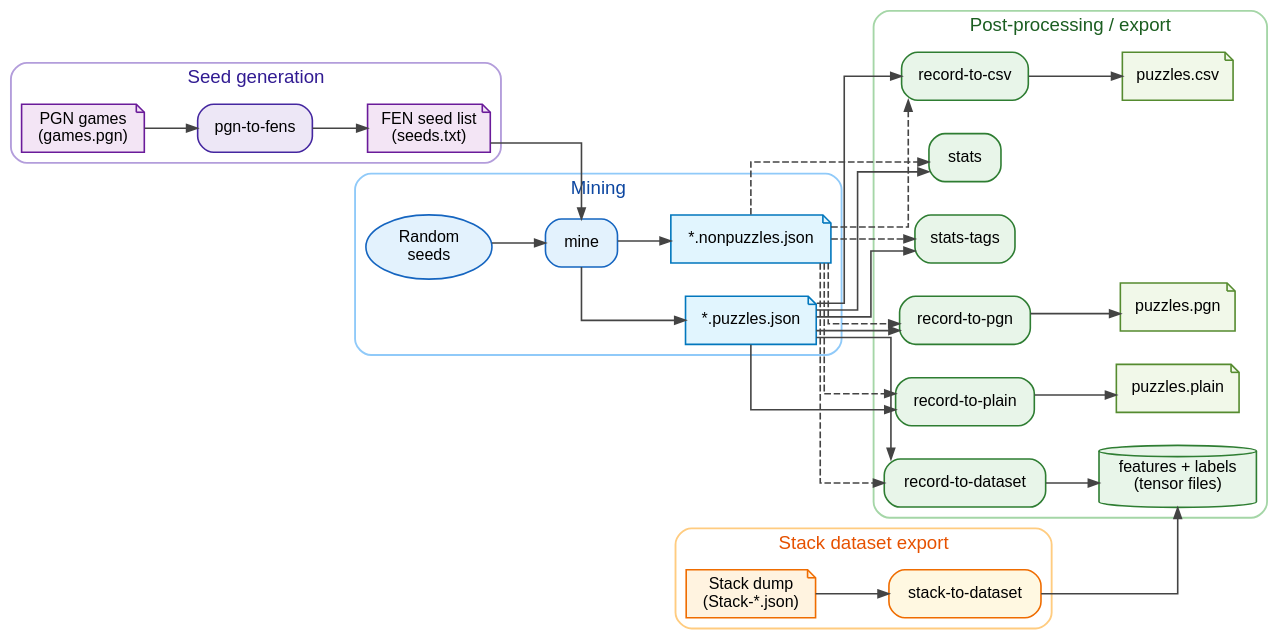
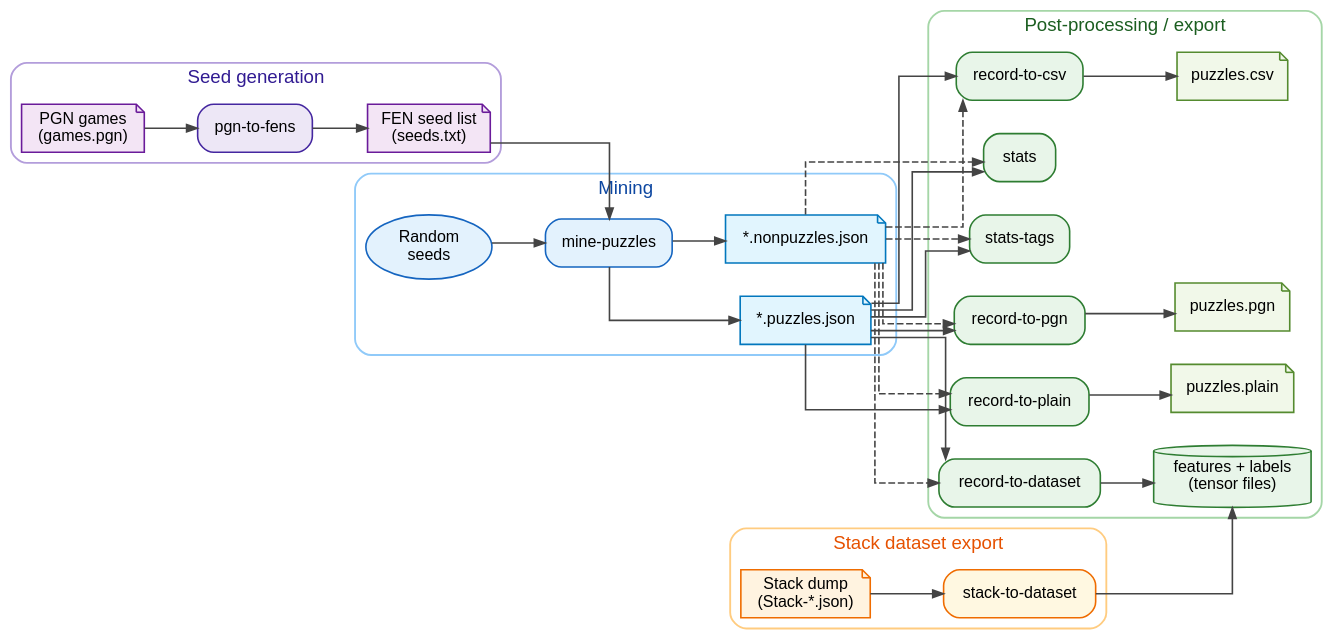
Before and after one commit to LenniAConrad/universal-chess-cli: the diagram in assets/crtk-pipeline-overview.dot, drawn with Graphviz. The commit also changed other lines of this file and 13 other files, not shown here.

First line of the commit message:
Rename mine to mine-puzzles

```diff
--- a/assets/crtk-pipeline-overview.dot
+++ b/assets/crtk-pipeline-overview.dot
@@ -1,120 +1,120 @@
 digraph crtk_pipeline_overview {
   rankdir=LR;
   bgcolor="transparent";
   splines=ortho;
   pad="0.20";
   nodesep="0.35";
   ranksep="0.55";
 
   graph [fontname="Helvetica", fontsize=14];
   node  [fontname="Helvetica", fontsize=12];
   edge  [fontname="Helvetica", fontsize=10, color="#444444", arrowsize=0.8, penwidth=1.2];
 
   subgraph cluster_seed {
     label="Seed generation";
     style="rounded";
     color="#B39DDB";
     fontcolor="#311B92";
     penwidth=1.4;
 
     node [shape=note, style="filled", fillcolor="#F3E5F5", color="#6A1B9A", penwidth=1.2];
     pgn [label="PGN games\n(games.pgn)"];
     fens [label="FEN seed list\n(seeds.txt)"];
 
     node [shape=box, style="rounded,filled", fillcolor="#EDE7F6", color="#4527A0", penwidth=1.2];
     pgn_to_fens [label="pgn-to-fens"];
   }
 
   subgraph cluster_mining {
     label="Mining";
     style="rounded";
     color="#90CAF9";
     fontcolor="#0D47A1";
     penwidth=1.4;
 
     node [shape=oval, style="filled", fillcolor="#E3F2FD", color="#1565C0", penwidth=1.2];
     random [label="Random\nseeds"];
 
     node [shape=box, style="rounded,filled", fillcolor="#E3F2FD", color="#1565C0", penwidth=1.2];
-    mine [label="mine"];
+    mine [label="mine-puzzles"];
 
     node [shape=note, style="filled", fillcolor="#E1F5FE", color="#0277BD", penwidth=1.2];
     puzzles [label="*.puzzles.json"];
     nonpuzzles [label="*.nonpuzzles.json"];
   }
 
   subgraph cluster_post {
     label="Post-processing / export";
     style="rounded";
     color="#A5D6A7";
     fontcolor="#1B5E20";
     penwidth=1.4;
 
     node [shape=box, style="rounded,filled", fillcolor="#E8F5E9", color="#2E7D32", penwidth=1.2];
     stats [label="stats"];
     stats_tags [label="stats-tags"];
     record_to_csv [label="record-to-csv"];
     record_to_pgn [label="record-to-pgn"];
     record_to_plain [label="record-to-plain"];
     record_to_dataset [label="record-to-dataset"];
 
     node [shape=note, style="filled", fillcolor="#F1F8E9", color="#558B2F", penwidth=1.2];
     out_csv [label="puzzles.csv"];
     out_pgn [label="puzzles.pgn"];
     out_plain [label="puzzles.plain"];
 
     node [shape=cylinder, style="filled", fillcolor="#E8F5E9", color="#2E7D32", penwidth=1.2];
     tensors [label="features + labels\n(tensor files)"];
   }
 
   subgraph cluster_stack {
     label="Stack dataset export";
     style="rounded";
     color="#FFCC80";
     fontcolor="#E65100";
     penwidth=1.4;
 
     node [shape=note, style="filled", fillcolor="#FFF3E0", color="#EF6C00", penwidth=1.2];
     stack [label="Stack dump\n(Stack-*.json)"];
 
     node [shape=box, style="rounded,filled", fillcolor="#FFF8E1", color="#EF6C00", penwidth=1.2];
     stack_to_dataset [label="stack-to-dataset"];
   }
 
   // Seed generation
   pgn -> pgn_to_fens;
   pgn_to_fens -> fens;
 
   // Mining
   fens -> mine;
   random -> mine;
   mine -> puzzles;
   mine -> nonpuzzles;
 
   // Post-processing (puzzles + nonpuzzles)
   puzzles -> stats;
   nonpuzzles -> stats [style=dashed];
 
   puzzles -> stats_tags;
   nonpuzzles -> stats_tags [style=dashed];
 
   puzzles -> record_to_csv;
   puzzles -> record_to_pgn;
   puzzles -> record_to_plain;
   puzzles -> record_to_dataset;
 
   nonpuzzles -> record_to_csv [style=dashed];
   nonpuzzles -> record_to_pgn [style=dashed];
   nonpuzzles -> record_to_plain [style=dashed];
   nonpuzzles -> record_to_dataset [style=dashed];
 
   record_to_csv -> out_csv;
   record_to_pgn -> out_pgn;
   record_to_plain -> out_plain;
 
   record_to_dataset -> tensors;
 
   // Stack dataset export
   stack -> stack_to_dataset;
   stack_to_dataset -> tensors;
 }
```
